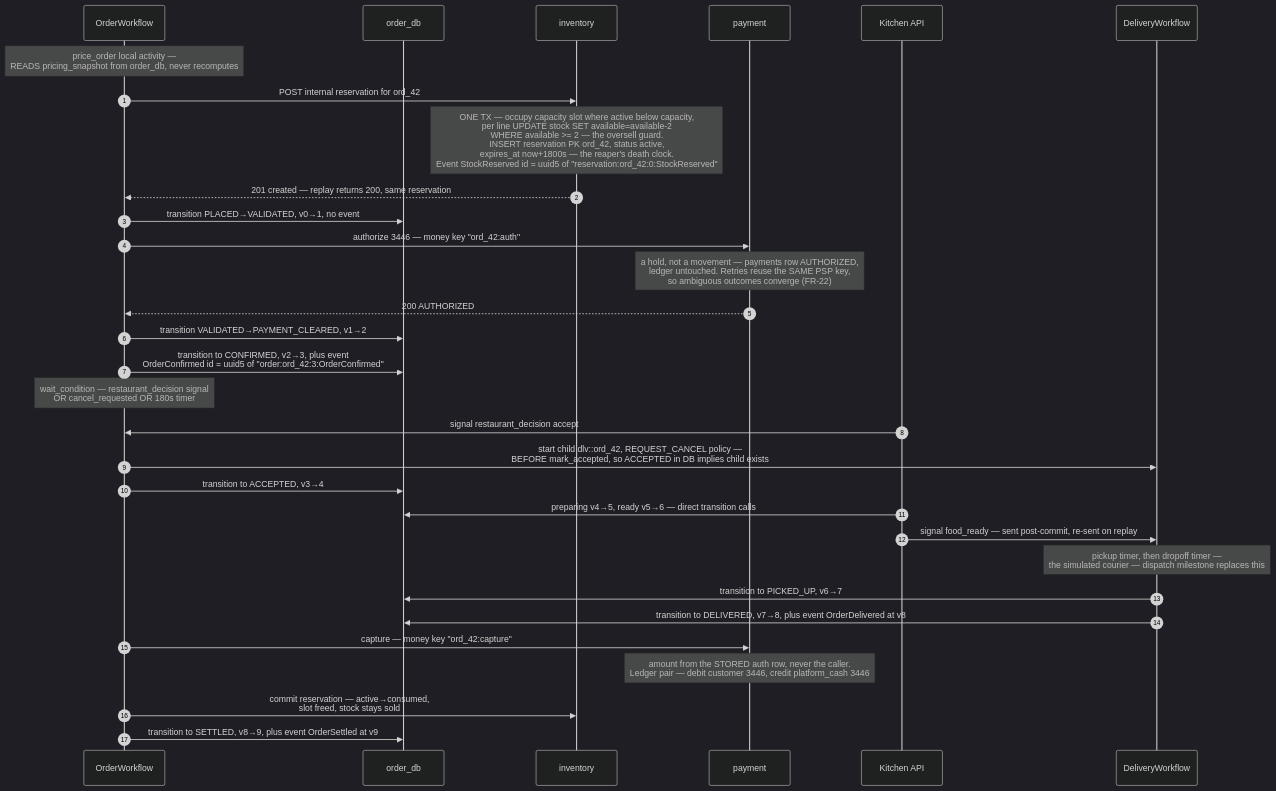
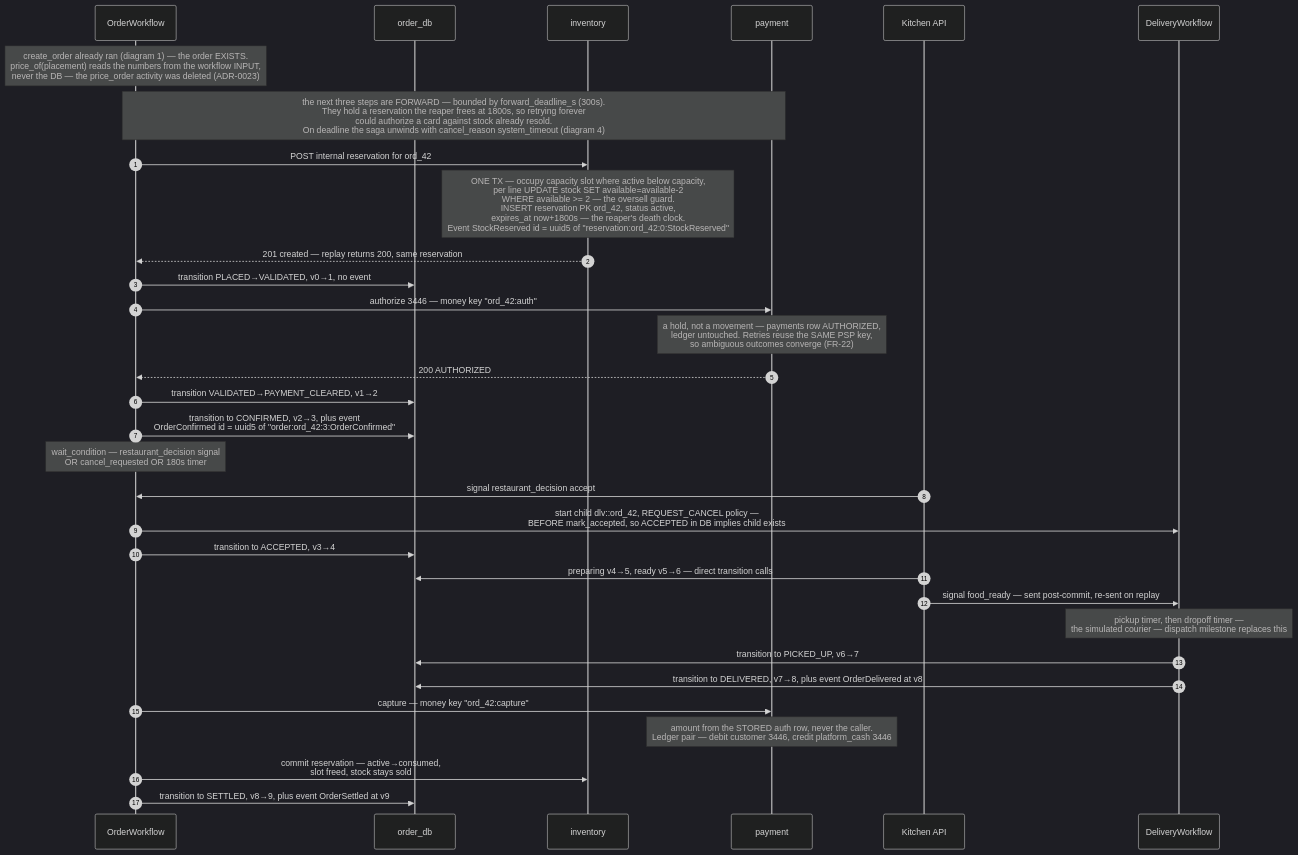
The second of 6 diagrams in docs/flows.md (Aizazahmed-7/SmartFoodOps), drawn with Mermaid (dark theme) before and after one commit. The commit also changed other lines of this file and 40 other files, not shown here.

Commit message:
imptove order workflow

````diff
--- a/docs/flows.md
+++ b/docs/flows.md
@@ -68,34 +73,35 @@
 ```mermaid
 sequenceDiagram
     autonumber
     participant W as OrderWorkflow
     participant DB as order_db
     participant INV as inventory
     participant PAY as payment
     participant K as Kitchen API
     participant D as DeliveryWorkflow
 
-    Note over W: price_order local activity —<br/>READS pricing_snapshot from order_db, never recomputes
+    Note over W: create_order already ran (diagram 1) — the order EXISTS.<br/>price_of(placement) reads the numbers from the workflow INPUT,<br/>never the DB — the price_order activity was deleted (ADR-0023)
+    Note over W,PAY: the next three steps are FORWARD — bounded by forward_deadline_s (300s).<br/>They hold a reservation the reaper frees at 1800s, so retrying forever<br/>could authorize a card against stock already resold.<br/>On deadline the saga unwinds with cancel_reason system_timeout (diagram 4)
     W->>INV: POST internal reservation for ord_42
     Note over INV: ONE TX — occupy capacity slot where active below capacity,<br/>per line UPDATE stock SET available=available-2<br/>WHERE available >= 2 — the oversell guard.<br/>INSERT reservation PK ord_42, status active,<br/>expires_at now+1800s — the reaper's death clock.<br/>Event StockReserved id = uuid5 of "reservation:ord_42:0:StockReserved"
     INV-->>W: 201 created — replay returns 200, same reservation
     W->>DB: transition PLACED→VALIDATED, v0→1, no event
     W->>PAY: authorize 3446 — money key "ord_42:auth"
     Note over PAY: a hold, not a movement — payments row AUTHORIZED,<br/>ledger untouched. Retries reuse the SAME PSP key,<br/>so ambiguous outcomes converge (FR-22)
     PAY-->>W: 200 AUTHORIZED
     W->>DB: transition VALIDATED→PAYMENT_CLEARED, v1→2
     W->>DB: transition to CONFIRMED, v2→3, plus event<br/>OrderConfirmed id = uuid5 of "order:ord_42:3:OrderConfirmed"
     Note over W: wait_condition — restaurant_decision signal<br/>OR cancel_requested OR 180s timer
     K->>W: signal restaurant_decision accept
     W->>D: start child dlv::ord_42, REQUEST_CANCEL policy —<br/>BEFORE mark_accepted, so ACCEPTED in DB implies child exists
     W->>DB: transition to ACCEPTED, v3→4
     K->>DB: preparing v4→5, ready v5→6 — direct transition calls
     K->>D: signal food_ready — sent post-commit, re-sent on replay
     Note over D: pickup timer, then dropoff timer —<br/>the simulated courier — dispatch milestone replaces this
     D->>DB: transition to PICKED_UP, v6→7
     D->>DB: transition to DELIVERED, v7→8, plus event OrderDelivered at v8
     W->>PAY: capture — money key "ord_42:capture"
     Note over PAY: amount from the STORED auth row, never the caller.<br/>Ledger pair — debit customer 3446, credit platform_cash 3446
     W->>INV: commit reservation — active→consumed,<br/>slot freed, stock stays sold
     W->>DB: transition to SETTLED, v8→9, plus event OrderSettled at v9
 ```
````
